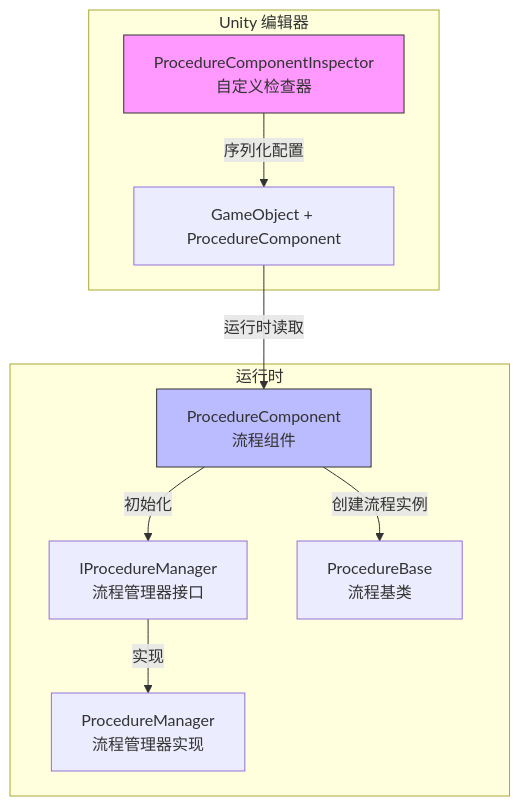
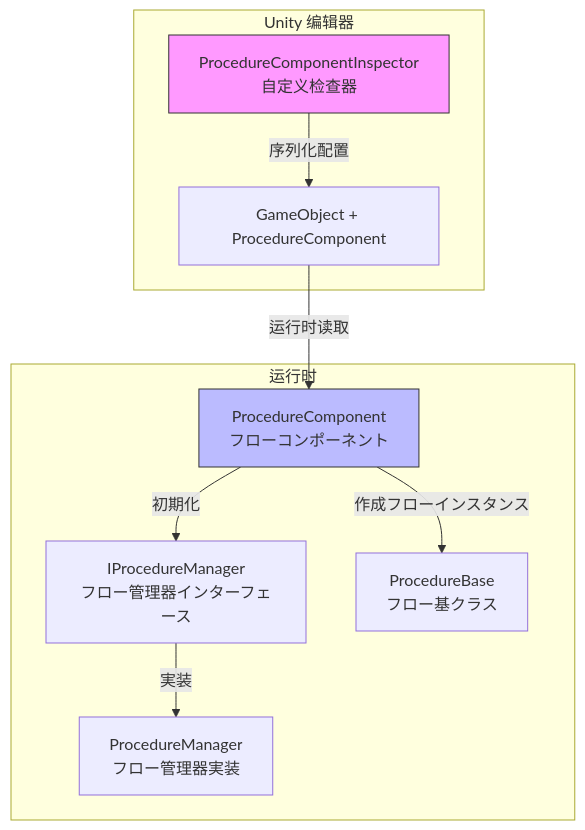
One commit to AlianBlank/GameFrameX.Docs changed the first of 2 diagrams in docs/ja/client/unity/component/procedure/10.editor-usage.md. Above: the diagram before and after it, drawn with Mermaid. The commit also changed other lines of this file and 603 other files, not shown here.

````diff
--- a/docs/ja/client/unity/component/procedure/10.editor-usage.md
+++ b/docs/ja/client/unity/component/procedure/10.editor-usage.md
@@ -16,23 +16,23 @@
 ```mermaid
 graph TD
     subgraph UnityEditor["Unity 编辑器"]
         Inspector[ProcedureComponentInspector<br/>自定义检查器]
         GameObject[GameObject + ProcedureComponent]
     end
 
     subgraph Runtime["运行时"]
-        Component[ProcedureComponent<br/>流程组件]
-        Manager[IProcedureManager<br/>流程管理器接口]
-        Impl[ProcedureManager<br/>流程管理器实现]
-        Base[ProcedureBase<br/>流程基类]
+        Component[ProcedureComponent<br/>フローコンポーネント]
+        Manager[IProcedureManager<br/>フロー管理器インターフェース]
+        Impl[ProcedureManager<br/>フロー管理器実装]
+        Base[ProcedureBase<br/>フロー基クラス]
     end
 
     Inspector --> |"序列化配置"| GameObject
     GameObject --> |"运行时读取"| Component
-    Component --> |"初始化"| Manager
-    Component --> |"创建流程实例"| Base
-    Manager --> |"实现"| Impl
+    Component --> |"初期化"| Manager
+    Component --> |"作成フローインスタンス"| Base
+    Manager --> |"実装"| Impl
 
     style Inspector fill:#f9f,stroke:#333
     style Component fill:#bbf,stroke:#333
 ```
````
